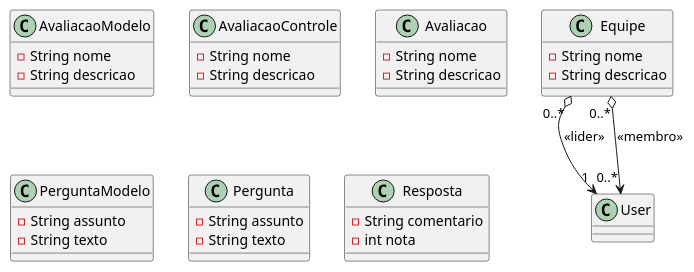
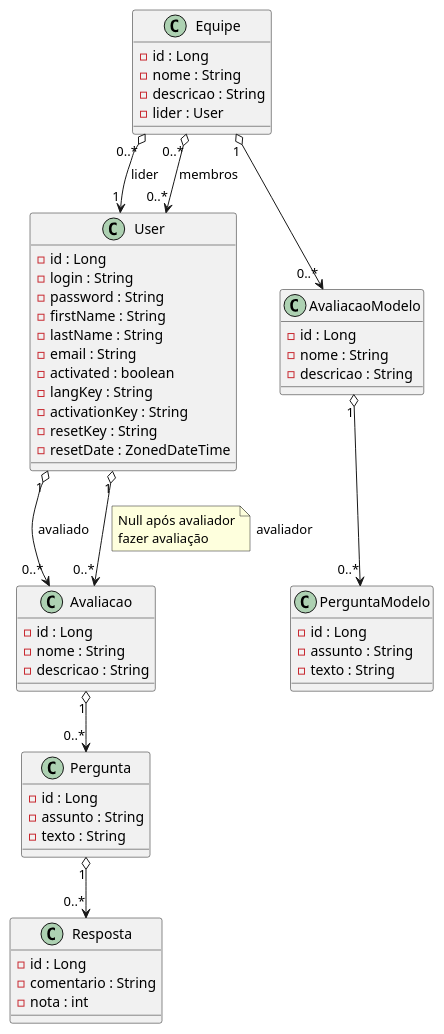
The diagram in docs/model.plantuml (Maiconfz/avaliacao360zanco), drawn with PlantUML before and after one commit. The commit also changed 3 other files, not shown here.

```diff
--- a/docs/model.plantuml
+++ b/docs/model.plantuml
@@ -1,48 +1,68 @@
 @startuml
+
 class User {
+    - id : Long
+    - login : String
+    - password : String
+    - firstName : String
+    - lastName : String
+    - email : String
+    - activated : boolean
+    - langKey : String
+    - activationKey : String
+    - resetKey : String
+    - resetDate : ZonedDateTime
 }
 
 class Equipe {
-    - String nome
-    - String descricao
+    - id : Long 
+    - nome : String 
+    - descricao : String
+    - lider : User
 }
 
-Equipe "0..*" o--> "1" User : <<lider>>
-Equipe "0..*" o--> "0..*" User : <<membro>>
-
 class AvaliacaoModelo{
-    - String nome
-    - String descricao
-}
-
-class AvaliacaoControle{
-    - String nome
-    - String descricao
+    - id : Long
+    - nome : String
+    - descricao : String
 }
 
 class Avaliacao{
-    - String nome
-    - String descricao
+    - id : Long 
+    - nome : String
+    - descricao : String
 }
 
 class PerguntaModelo{
-    - String assunto
-    - String texto
+    - id : Long
+    - assunto : String
+    - texto : String
 }
 
 class Pergunta {
-    - String assunto
-    - String texto
+    - id : Long
+    - assunto : String
+    - texto : String
 }
 
 class Resposta{
-    - String comentario
-    - int nota
+    - id : Long
+    - comentario : String
+    - nota : int
 }
 
-
-
-
+Equipe "0..*" o--> "1" User : lider
+Equipe "0..*" o--> "0..*" User : membros
+Equipe "1" o--> "0..*" AvaliacaoModelo
+AvaliacaoModelo "1" o--> "0..*" PerguntaModelo
+User "1" o--> "0..*" Avaliacao : "avaliado"
+User "1" o--> "0..*" Avaliacao : "avaliador"
+note left on link
+Null após avaliador
+fazer avaliação
+end note
+Avaliacao "1" o--> "0..*" Pergunta
+Pergunta "1" o--> "0..*" Resposta
 
 
 @enduml
```
